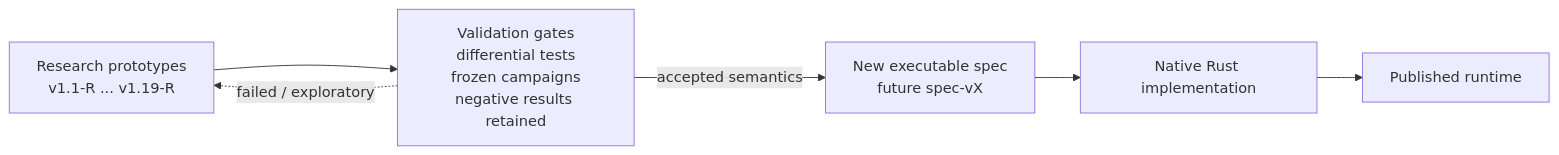
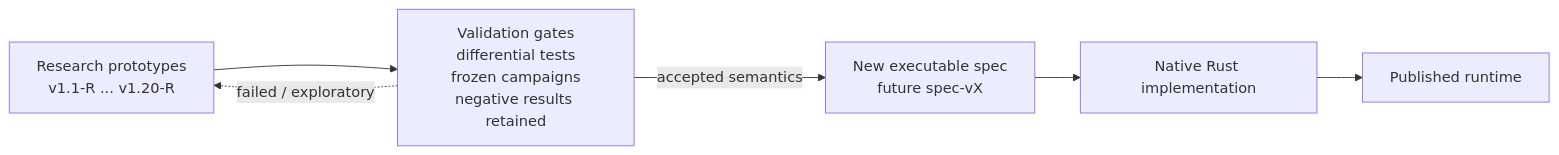
One commit to ordinaly/cortex changed the second of 14 diagrams in docs/ARCHITECTURE.md. Above: the diagram before and after it, drawn with Mermaid. The commit also changed other lines of this file, not shown here.

Commit message:
Advance architecture frontier to v1.20-R

````diff
--- a/docs/ARCHITECTURE.md
+++ b/docs/ARCHITECTURE.md
@@ -81,15 +81,15 @@
 ```mermaid
 flowchart LR
-    R["Research prototypes<br/>v1.1-R ... v1.19-R"]
+    R["Research prototypes<br/>v1.1-R ... v1.20-R"]
     G["Validation gates<br/>differential tests<br/>frozen campaigns<br/>negative results retained"]
     S["New executable spec<br/>future spec-vX"]
     N["Native Rust implementation"]
     P["Published runtime"]
 
     R --> G
     G -->|"accepted semantics"| S
     S --> N
     N --> P
 
     G -.->|"failed / exploratory"| R
 ```
````
